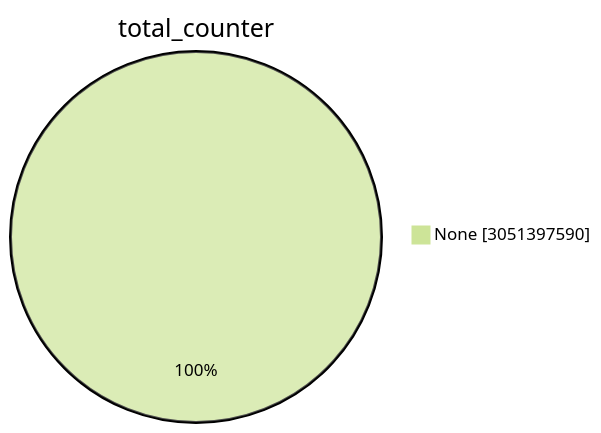
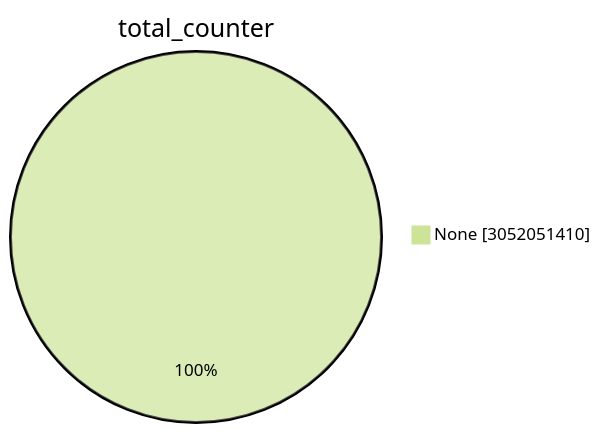
Before and after one commit to christiankrug/ctmonitor_visualization: the first of 15 diagrams in TOTAL/README.md, drawn with Mermaid (forest theme). The commit also changed other lines of this file, not shown here.

````diff
--- a/TOTAL/README.md
+++ b/TOTAL/README.md
@@ -1,5 +1,5 @@
 ```mermaid
 pie showData
 title total_counter
-"None" :3051397590
+"None" :3052051410
 ```
````
